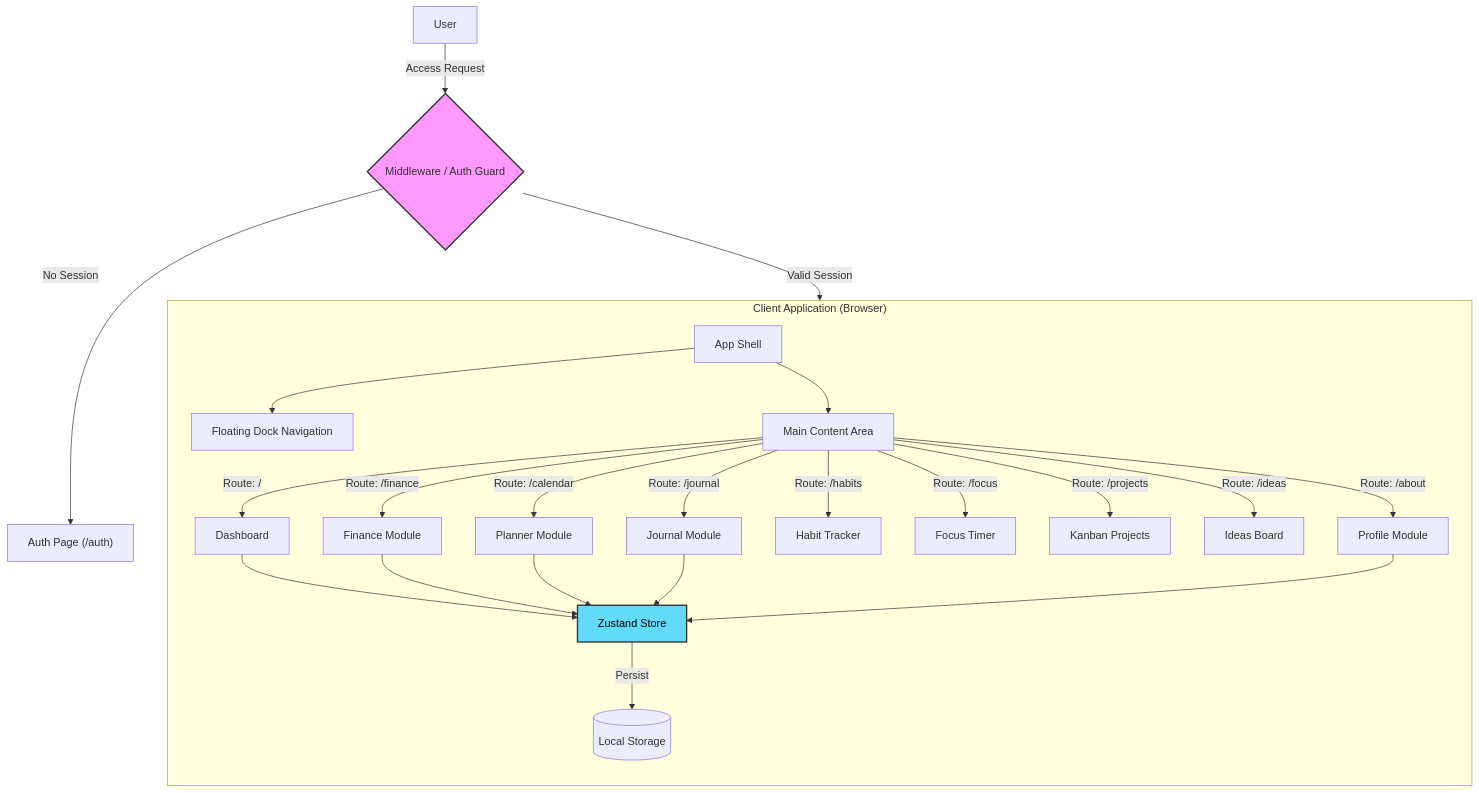
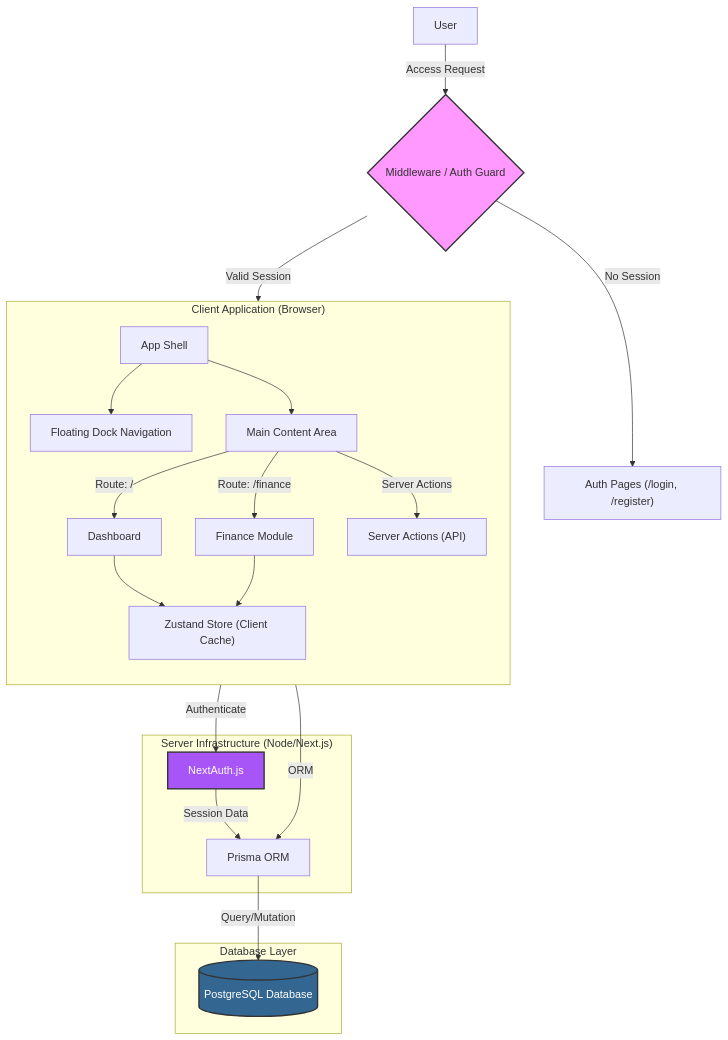
The diagram in README.md (PriyankaSDaida/LifeOS), drawn with Mermaid before and after one commit. The commit also changed other lines of this file, not shown here.

Commit message:
docs: update readme with postgres and auth setup

````diff
--- a/README.md
+++ b/README.md
@@ -44,29 +50,32 @@
 ```mermaid
 graph TD
     User[User] -->|Access Request| Middleware{"Middleware / Auth Guard"}
-    Middleware -->|No Session| AuthPage["Auth Page (/auth)"]
+    Middleware -->|No Session| AuthPage["Auth Pages (/login, /register)"]
     Middleware -->|Valid Session| AppShell["App Shell"]
     
     subgraph Client_Application ["Client Application (Browser)"]
         direction TB
         AppShell --> NavBar["Floating Dock Navigation"]
         AppShell --> MainContent["Main Content Area"]
         
         MainContent -->|Route: /| Dashboard["Dashboard"]
         MainContent -->|Route: /finance| Finance["Finance Module"]
-        MainContent -->|Route: /calendar| Planner["Planner Module"]
-        MainContent -->|Route: /journal| Journal["Journal Module"]
-        MainContent -->|Route: /habits| Habits["Habit Tracker"]
-        MainContent -->|Route: /focus| Focus["Focus Timer"]
-        MainContent -->|Route: /projects| Projects["Kanban Projects"]
-        MainContent -->|Route: /ideas| Ideas["Ideas Board"]
-        MainContent -->|Route: /about| About["Profile Module"]
+        MainContent -->|Server Actions| ServerActions["Server Actions (API)"]
         
-        Dashboard & Finance & Planner & Journal & About --> Zustand["Zustand Store"]
-        
-        Zustand -->|Persist| LocalStorage[("Local Storage")]
+        Dashboard & Finance --> Zustand["Zustand Store (Client Cache)"]
+    end
+
+    subgraph Server_Infrastructure ["Server Infrastructure (Node/Next.js)"]
+        ServerActions -->|Authenticate| NextAuth["NextAuth.js"]
+        ServerActions -->|ORM| Prisma["Prisma ORM"]
+        NextAuth -->|Session Data| Prisma
+    end
+
+    subgraph Database_Layer ["Database Layer"]
+        Prisma -->|Query/Mutation| Postgres[("PostgreSQL Database")]
     end
 
     style Middleware fill:#f9f,stroke:#333,stroke-width:2px
-    style Zustand fill:#61dafb,stroke:#333,stroke-width:2px,color:black
+    style Postgres fill:#336791,stroke:#333,stroke-width:2px,color:white
+    style NextAuth fill:#a855f7,stroke:#333,stroke-width:2px,color:white
 ```
````
